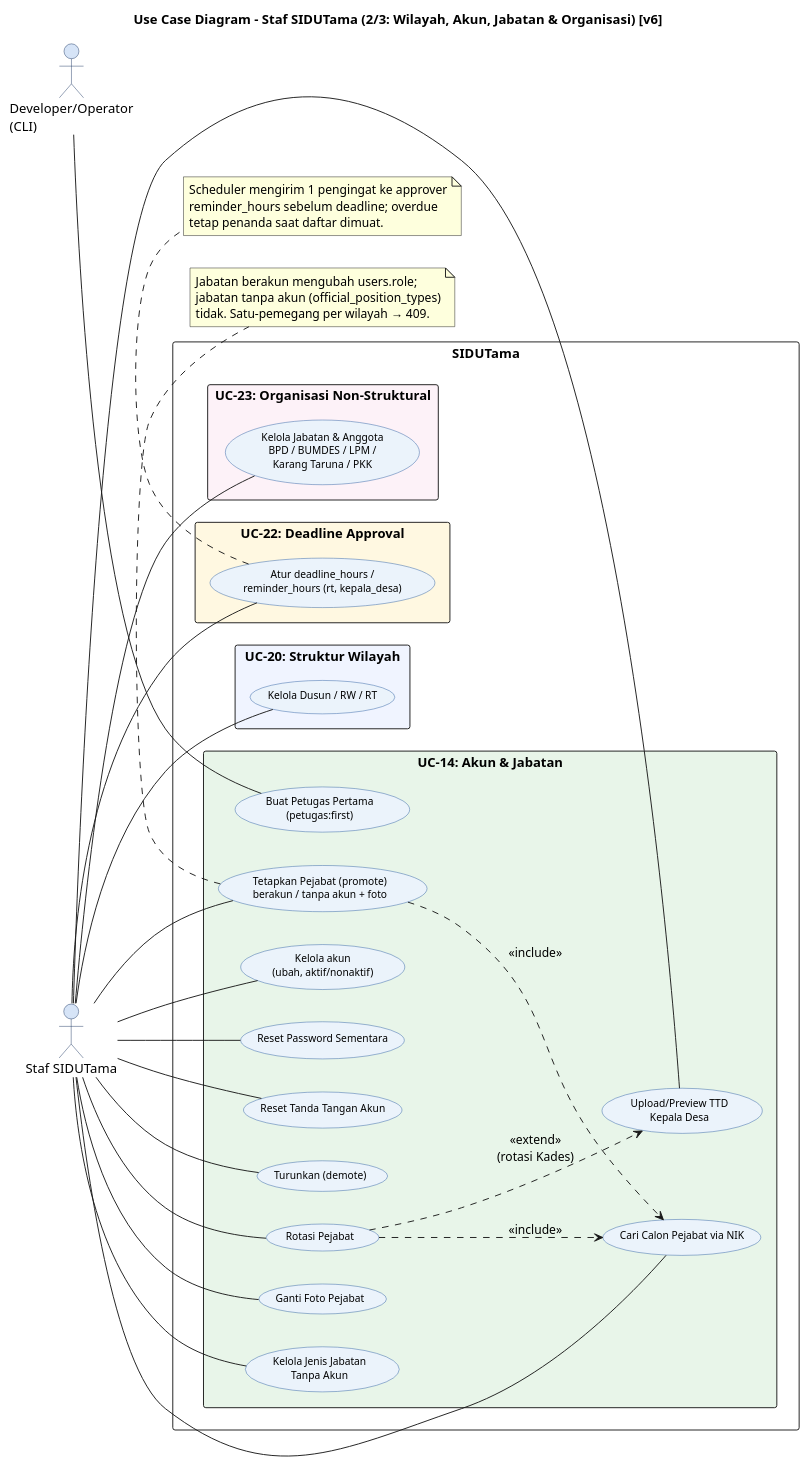
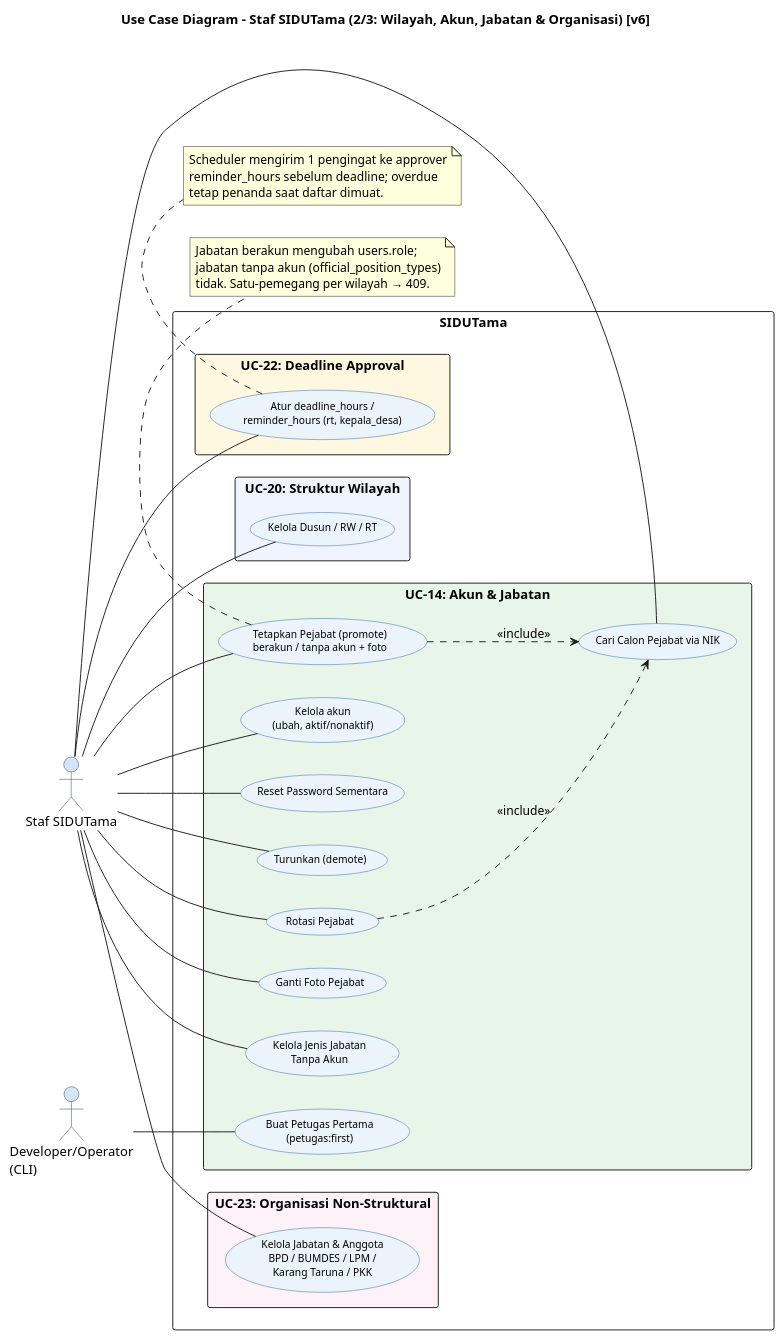
The diagram in docs/diagram/code/usecase/03_UC_PetugasDesa_WilayahJabatan_v6.puml (Vextronode/sid-app), drawn with PlantUML before and after one commit. The commit also changed other lines of this file and 172 other files, not shown here.

```diff
--- a/docs/diagram/code/usecase/03_UC_PetugasDesa_WilayahJabatan_v6.puml
+++ b/docs/diagram/code/usecase/03_UC_PetugasDesa_WilayahJabatan_v6.puml
@@ -9,73 +10,68 @@
 @startuml UC_PetugasDesa_Jabatan_v6
 left to right direction
 skinparam packageStyle rectangle
 skinparam backgroundColor #FFFFFF
 skinparam usecase {
   BackgroundColor #EBF3FB
   BorderColor #2E5FA3
   FontName Arial
   FontSize 11
 }
 skinparam actor {
   BackgroundColor #D6E4F7
   BorderColor #1F3864
 }
 title Use Case Diagram - Staf SIDUTama (2/3: Wilayah, Akun, Jabatan & Organisasi) [v6]
 
 actor "Staf SIDUTama" as PD
 actor "Developer/Operator\n(CLI)" as DEV
 
 rectangle "SIDUTama" {
   rectangle "UC-20: Struktur Wilayah" #F0F4FF {
     usecase "Kelola Dusun / RW / RT" as UC_REGION
   }
   rectangle "UC-14: Akun & Jabatan" #E8F5E9 {
     usecase "Kelola akun\n(ubah, aktif/nonaktif)" as UC_USER
     usecase "Reset Password Sementara" as UC_RESETPW
-    usecase "Reset Tanda Tangan Akun" as UC_RESETSIG
     usecase "Cari Calon Pejabat via NIK" as UC_CAND
     usecase "Tetapkan Pejabat (promote)\nberakun / tanpa akun + foto" as UC_PROMOTE
     usecase "Turunkan (demote)" as UC_DEMOTE
     usecase "Rotasi Pejabat" as UC_ROTATE
     usecase "Ganti Foto Pejabat" as UC_PHOTO
-    usecase "Upload/Preview TTD\nKepala Desa" as UC_KADESSIG
     usecase "Kelola Jenis Jabatan\nTanpa Akun" as UC_POSTYPE
     usecase "Buat Petugas Pertama\n(petugas:first)" as UC_FIRST
   }
   rectangle "UC-22: Deadline Approval" #FFF8E1 {
     usecase "Atur deadline_hours /\nreminder_hours (rt, kepala_desa)" as UC_DEADLINE
   }
   rectangle "UC-23: Organisasi Non-Struktural" #FDF2F8 {
     usecase "Kelola Jabatan & Anggota\nBPD / BUMDES / LPM /\nKarang Taruna / PKK" as UC_ORG
   }
 }
 
 PD -- UC_REGION
 PD -- UC_USER
 PD -- UC_RESETPW
-PD -- UC_RESETSIG
 PD -- UC_CAND
 PD -- UC_PROMOTE
 PD -- UC_DEMOTE
 PD -- UC_ROTATE
 PD -- UC_PHOTO
-PD -- UC_KADESSIG
 PD -- UC_POSTYPE
 PD -- UC_DEADLINE
 PD -- UC_ORG
 DEV -- UC_FIRST
 UC_PROMOTE ..> UC_CAND : <<include>>
 UC_ROTATE ..> UC_CAND : <<include>>
-UC_ROTATE ..> UC_KADESSIG : <<extend>>\n(rotasi Kades)
 
 note bottom of UC_PROMOTE
   Jabatan berakun mengubah users.role;
   jabatan tanpa akun (official_position_types)
   tidak. Satu-pemegang per wilayah → 409.
 end note
 note bottom of UC_DEADLINE
   Scheduler mengirim 1 pengingat ke approver
   reminder_hours sebelum deadline; overdue
   tetap penanda saat daftar dimuat.
 end note
 @enduml
```
